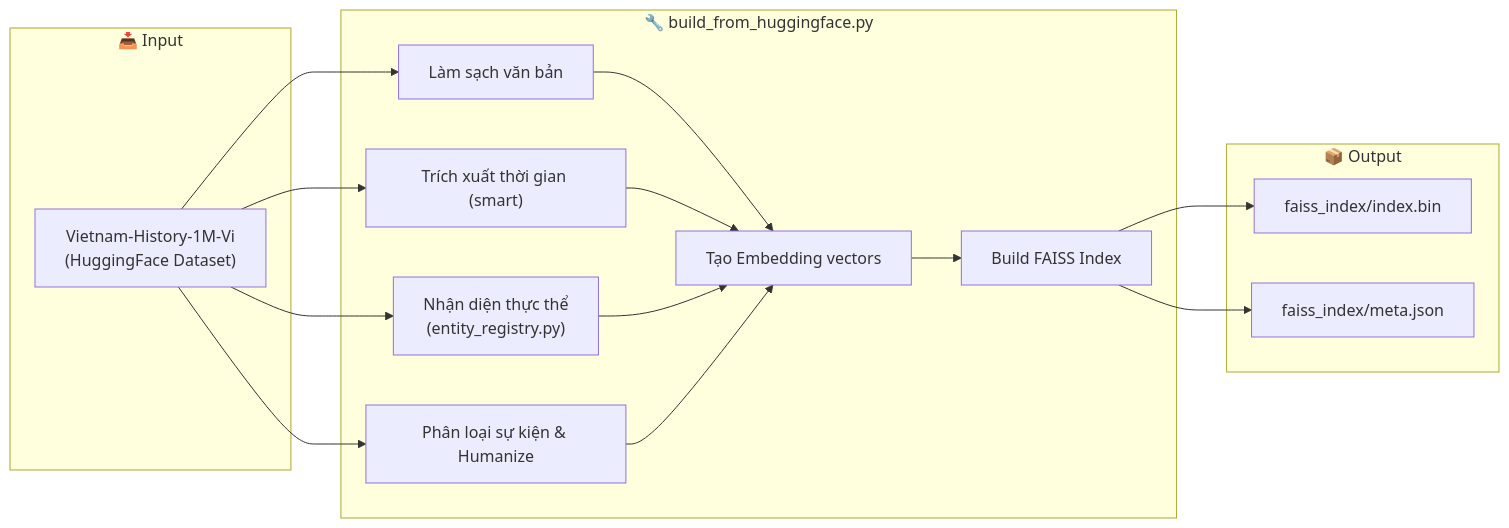
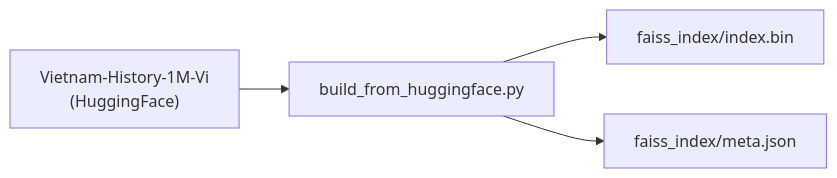
The second of 3 diagrams in README.md (HistoryMindAI/vietnam_history_dataset), drawn with Mermaid before and after one commit. The commit also changed other lines of this file, not shown here.

Commit message:
docs: rewrite README with same-entity conditional + relevance filter docs

````diff
--- a/README.md
+++ b/README.md
@@ -61,25 +46,6 @@
 ```mermaid
 graph LR
-    subgraph "📥 Input"
-        A["Vietnam-History-1M-Vi<br/>(HuggingFace Dataset)"]
-    end
-
-    subgraph "🔧 build_from_huggingface.py"
-        B1["Làm sạch văn bản"]
-        B2["Trích xuất thời gian (smart)"]
-        B3["Nhận diện thực thể<br/>(entity_registry.py)"]
-        B4["Phân loại sự kiện & Humanize"]
-        B5["Tạo Embedding vectors"]
-        B6["Build FAISS Index"]
-    end
-
-    subgraph "📦 Output"
-        D2["faiss_index/index.bin"]
-        D3["faiss_index/meta.json"]
-    end
-
-    A --> B1 & B2 & B3 & B4
-    B1 & B2 & B3 & B4 --> B5
-    B5 --> B6
-    B6 --> D2 & D3
+    A["Vietnam-History-1M-Vi<br/>(HuggingFace)"] --> B["build_from_huggingface.py"]
+    B --> C["faiss_index/index.bin"]
+    B --> D["faiss_index/meta.json"]
 ```
````
